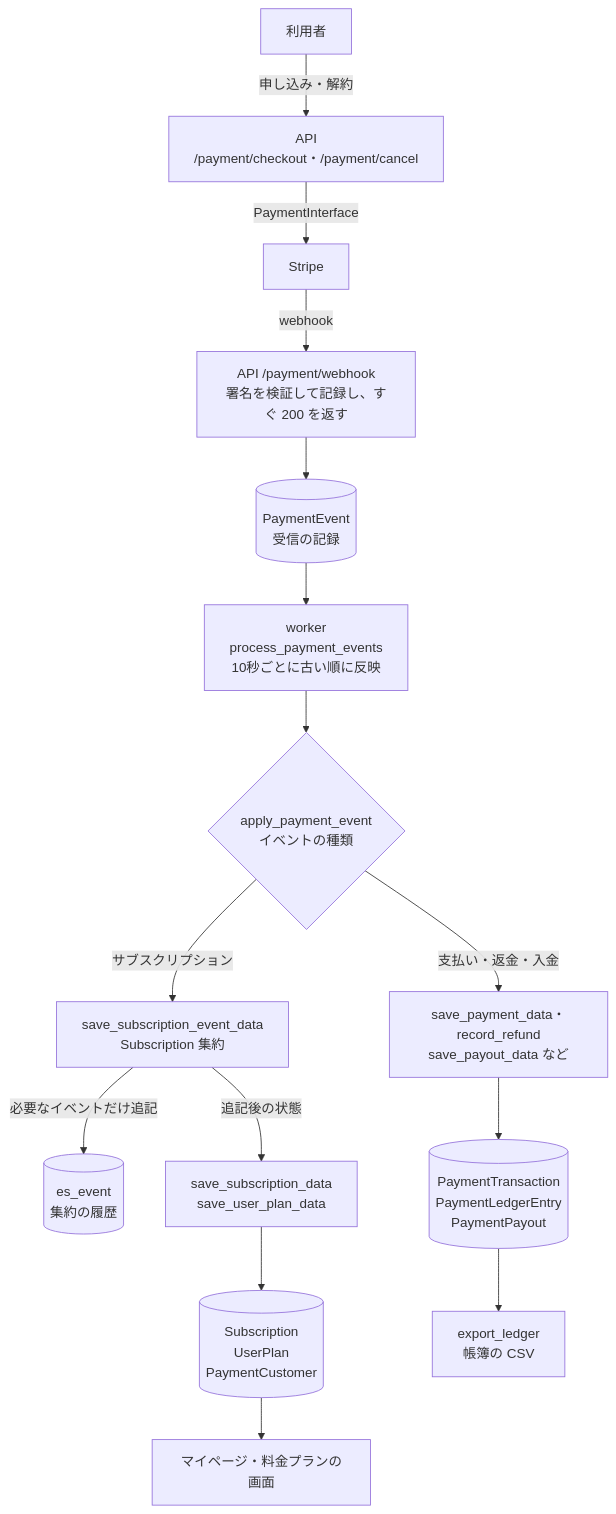
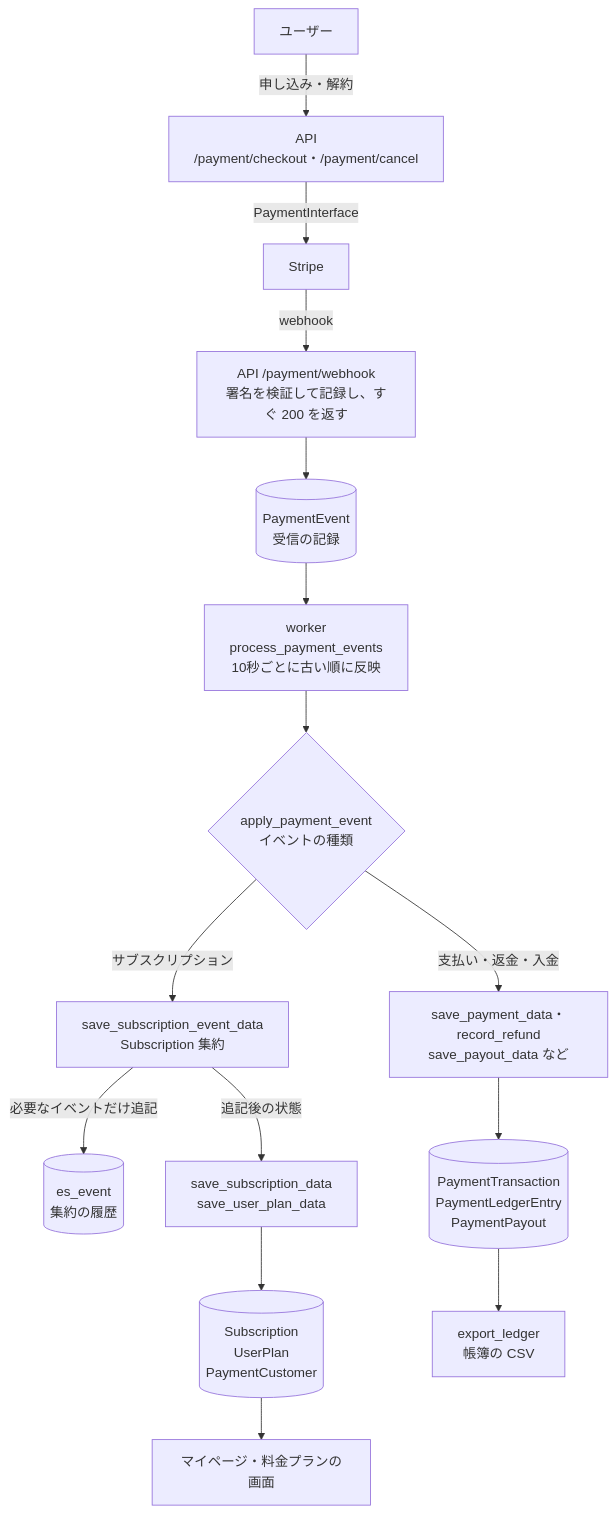
Before and after one commit to ANFINII/MyUs: the diagram in docs/myus.md, drawn with Mermaid. The commit also changed other lines of this file and 6 other files, not shown here.

````diff
--- a/docs/myus.md
+++ b/docs/myus.md
@@ -335,20 +335,20 @@
 ```mermaid
 flowchart TB
-    User[利用者] -->|申し込み・解約| API["API<br/>/payment/checkout・/payment/cancel"]
+    User[ユーザー] -->|申し込み・解約| API["API<br/>/payment/checkout・/payment/cancel"]
     API -->|PaymentInterface| Stripe[Stripe]
     Stripe -->|webhook| Webhook["API /payment/webhook<br/>署名を検証して記録し、すぐ 200 を返す"]
     Webhook --> PE[(PaymentEvent<br/>受信の記録)]
     PE --> Worker["worker<br/>process_payment_events<br/>10秒ごとに古い順に反映"]
     Worker --> Apply{apply_payment_event<br/>イベントの種類}
 
     Apply -->|サブスクリプション| Command["save_subscription_event_data<br/>Subscription 集約"]
     Command -->|必要なイベントだけ追記| ES[(es_event<br/>集約の履歴)]
     Command -->|追記後の状態| SubProj["save_subscription_data<br/>save_user_plan_data"]
     SubProj --> SubTables[(Subscription<br/>UserPlan<br/>PaymentCustomer)]
 
     Apply -->|支払い・返金・入金| PayProj["save_payment_data・record_refund<br/>save_payout_data など"]
     PayProj --> PayTables[(PaymentTransaction<br/>PaymentLedgerEntry<br/>PaymentPayout)]
 
     SubTables --> Screen[マイページ・料金プランの画面]
     PayTables --> Ledger[export_ledger<br/>帳簿の CSV]
 ```
````
